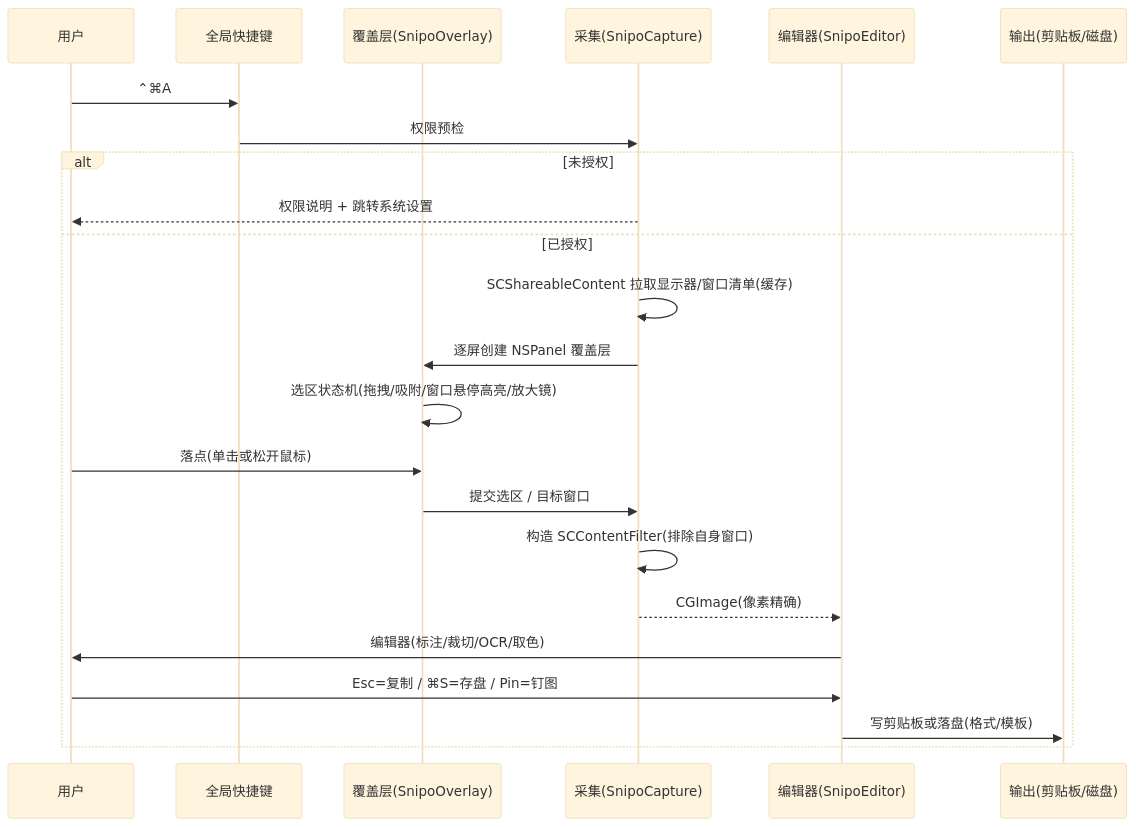
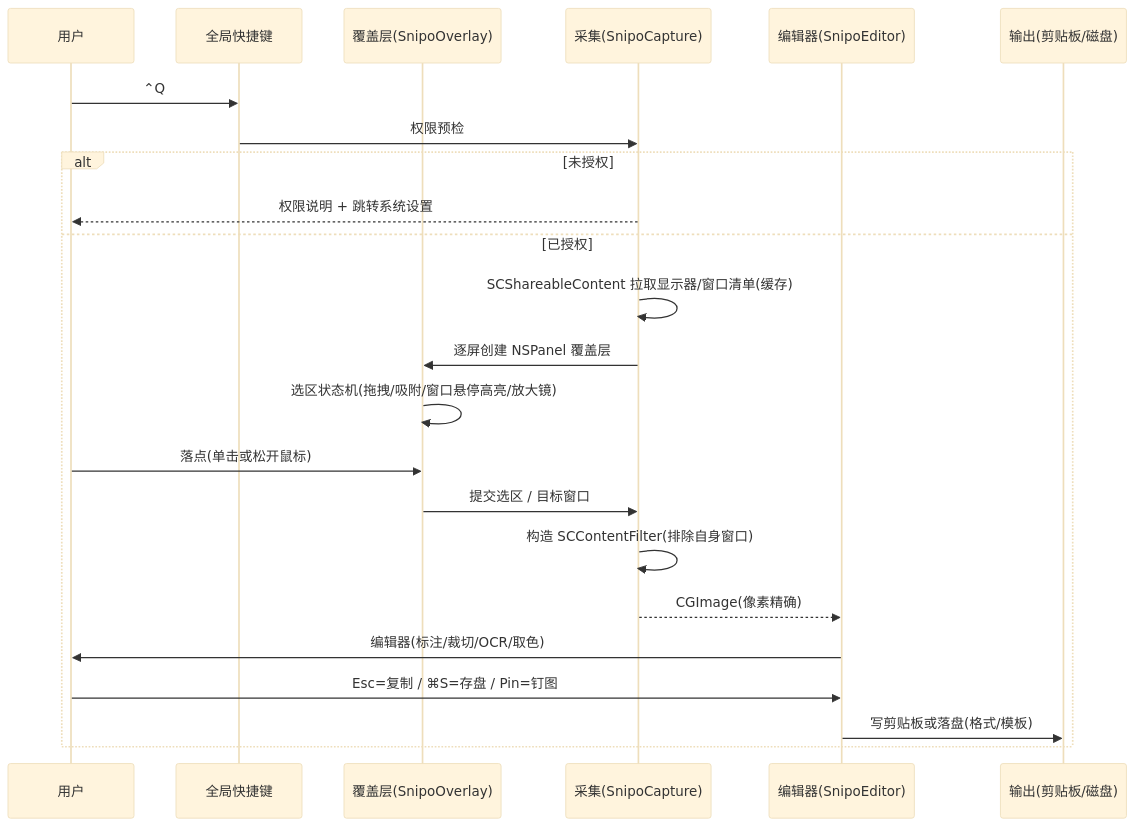
One commit to tangzzz-fan/Marquee changed the second of 4 diagrams in docs/PRD.md. Above: the diagram before and after it, drawn with Mermaid (base theme). The commit also changed other lines of this file and 39 other files, not shown here.

````diff
--- a/docs/PRD.md
+++ b/docs/PRD.md
@@ -269,26 +269,26 @@
 ```mermaid
 sequenceDiagram
     participant U as 用户
     participant HK as 全局快捷键
     participant OV as 覆盖层(SnipoOverlay)
     participant CAP as 采集(SnipoCapture)
     participant ED as 编辑器(SnipoEditor)
     participant OUT as 输出(剪贴板/磁盘)
 
-    U->>HK: ⌃⌘A
+    U->>HK: ⌃Q
     HK->>CAP: 权限预检
     alt 未授权
         CAP-->>U: 权限说明 + 跳转系统设置
     else 已授权
         CAP->>CAP: SCShareableContent 拉取显示器/窗口清单(缓存)
         CAP->>OV: 逐屏创建 NSPanel 覆盖层
         OV->>OV: 选区状态机(拖拽/吸附/窗口悬停高亮/放大镜)
         U->>OV: 落点(单击或松开鼠标)
         OV->>CAP: 提交选区 / 目标窗口
         CAP->>CAP: 构造 SCContentFilter(排除自身窗口)
         CAP-->>ED: CGImage(像素精确)
         ED->>U: 编辑器(标注/裁切/OCR/取色)
         U->>ED: Esc=复制 / ⌘S=存盘 / Pin=钉图
         ED->>OUT: 写剪贴板或落盘(格式/模板)
     end
 ```
````
